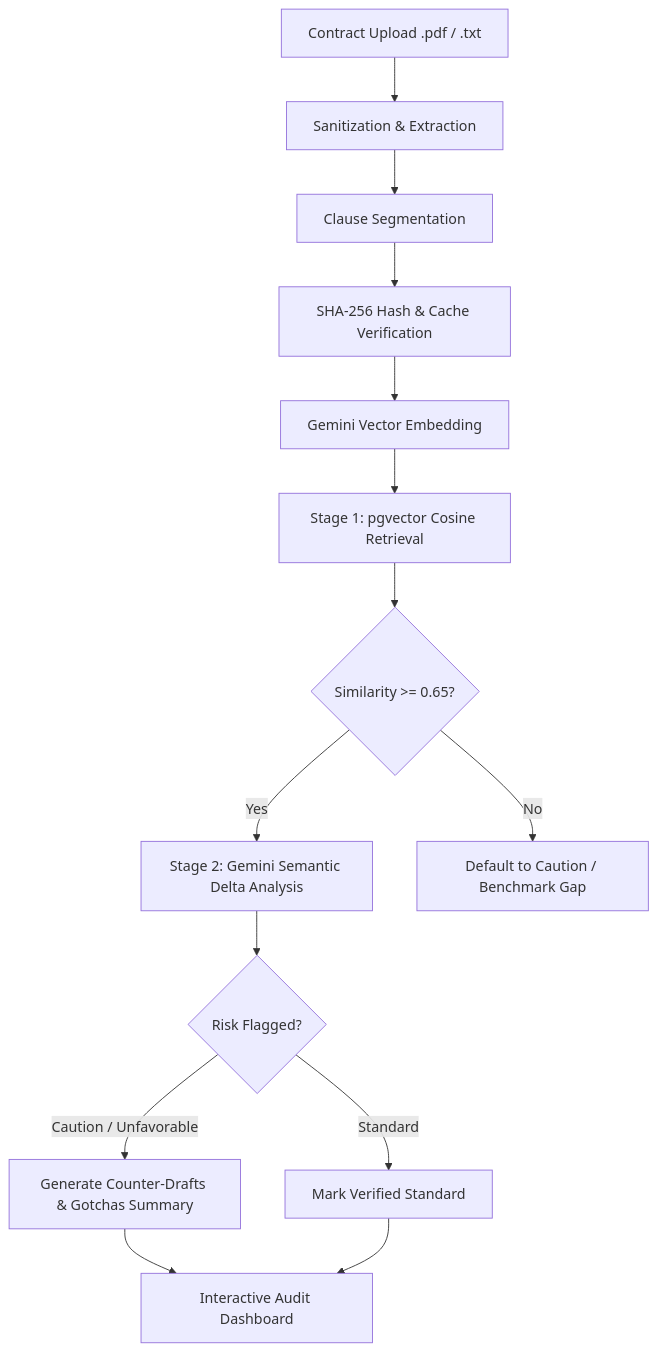
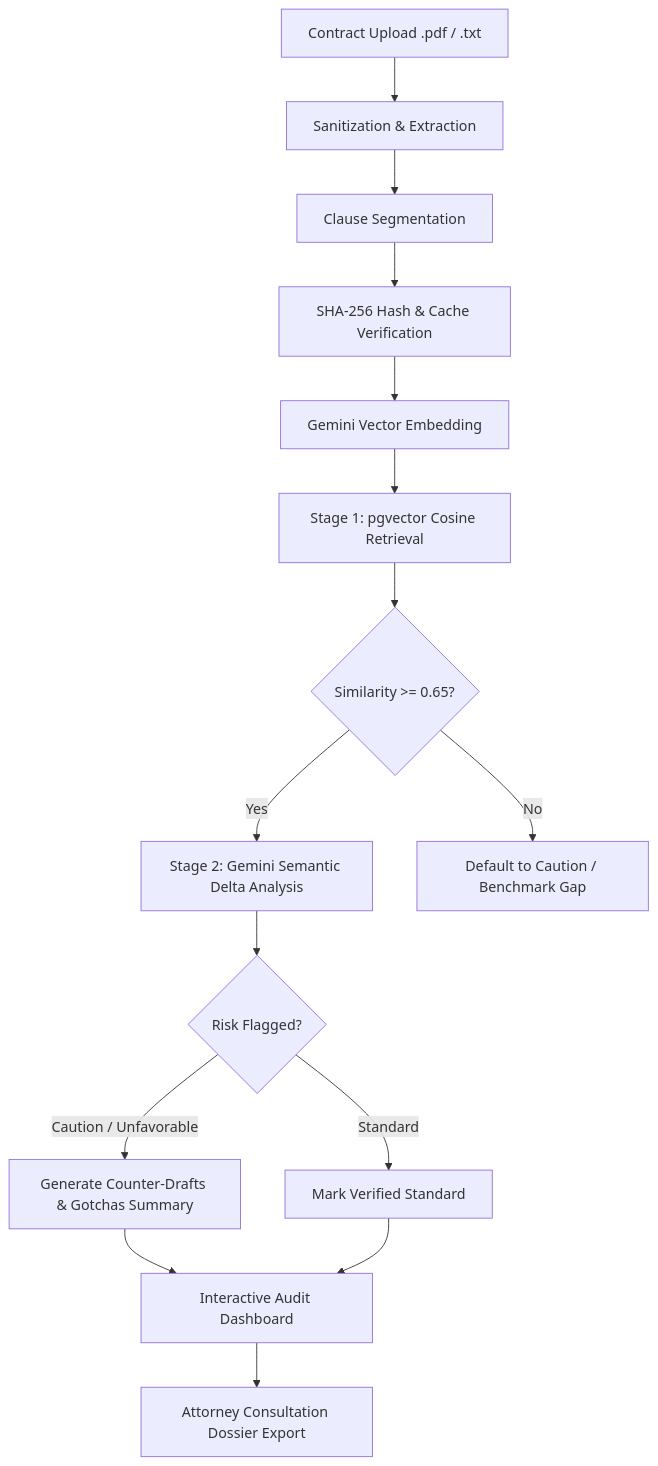
The diagram in README.md (Harsha-code-per/promptwars-exclusive), drawn with Mermaid before and after one commit. The commit also changed other lines of this file and 23 other files, not shown here.

Commit message:
feat: complete LexiGuard AI platform with attorney dossier, redline diff, hybrid engine, and Vercel monorepo config

````diff
--- a/README.md
+++ b/README.md
@@ -107,16 +114,17 @@
 ```mermaid
 graph TD
     A[Contract Upload .pdf / .txt] --> B[Sanitization & Extraction]
     B --> C[Clause Segmentation]
     C --> D[SHA-256 Hash & Cache Verification]
     D --> E[Gemini Vector Embedding]
     E --> F[Stage 1: pgvector Cosine Retrieval]
     F --> G{Similarity >= 0.65?}
     G -- Yes --> H[Stage 2: Gemini Semantic Delta Analysis]
     G -- No --> I[Default to Caution / Benchmark Gap]
     H --> J{Risk Flagged?}
     J -- Caution / Unfavorable --> K[Generate Counter-Drafts & Gotchas Summary]
     J -- Standard --> L[Mark Verified Standard]
     K --> M[Interactive Audit Dashboard]
     L --> M
+    M --> N[Attorney Consultation Dossier Export]
 ```
````
